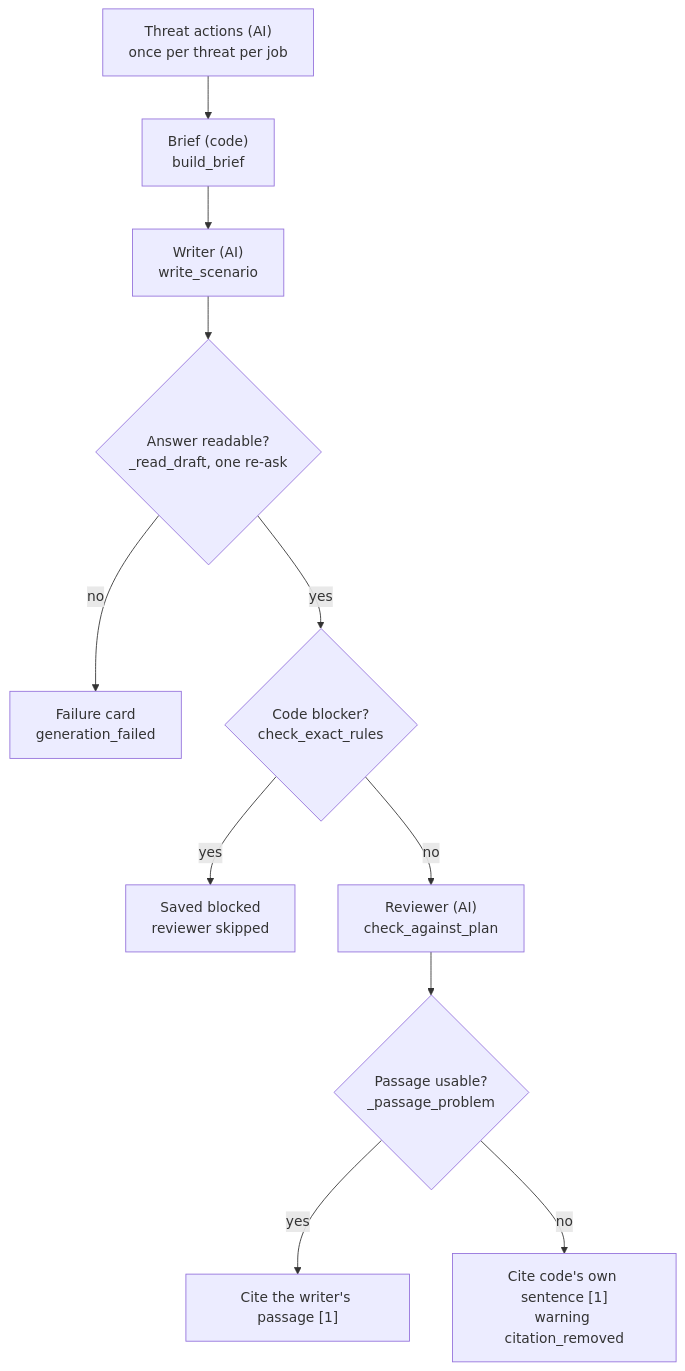
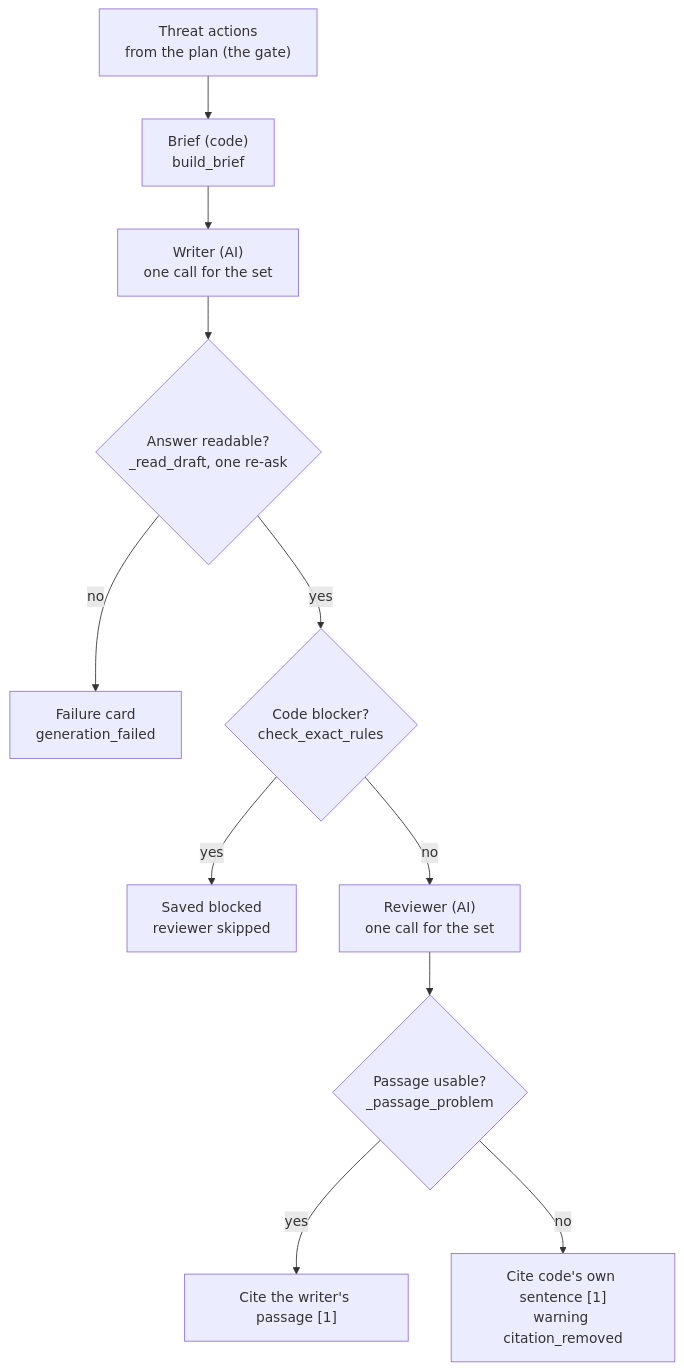
The eighth of 13 diagrams in docs/TSG_END_TO_END_FLOW.md (gopalchettri/cii), drawn with Mermaid before and after one commit. The commit also changed other lines of this file and 61 other files, not shown here.

````diff
--- a/docs/TSG_END_TO_END_FLOW.md
+++ b/docs/TSG_END_TO_END_FLOW.md
@@ -2174,13 +2181,13 @@
 ```mermaid
 flowchart TB
-    A["Threat actions (AI)<br/>once per threat per job"] --> B
-    B["Brief (code)<br/>build_brief"] --> W["Writer (AI)<br/>write_scenario"]
+    A["Threat actions<br/>from the plan (the gate)"] --> B
+    B["Brief (code)<br/>build_brief"] --> W["Writer (AI)<br/>one call for the set"]
     W --> R{"Answer readable?<br/>_read_draft, one re-ask"}
     R -- no --> F["Failure card<br/>generation_failed"]
     R -- yes --> X{"Code blocker?<br/>check_exact_rules"}
     X -- yes --> S["Saved blocked<br/>reviewer skipped"]
-    X -- no --> V["Reviewer (AI)<br/>check_against_plan"]
+    X -- no --> V["Reviewer (AI)<br/>one call for the set"]
     V --> P{"Passage usable?<br/>_passage_problem"}
     P -- yes --> C1["Cite the writer's passage [1]"]
     P -- no --> C2["Cite code's own sentence [1]<br/>warning citation_removed"]
 ```
````
